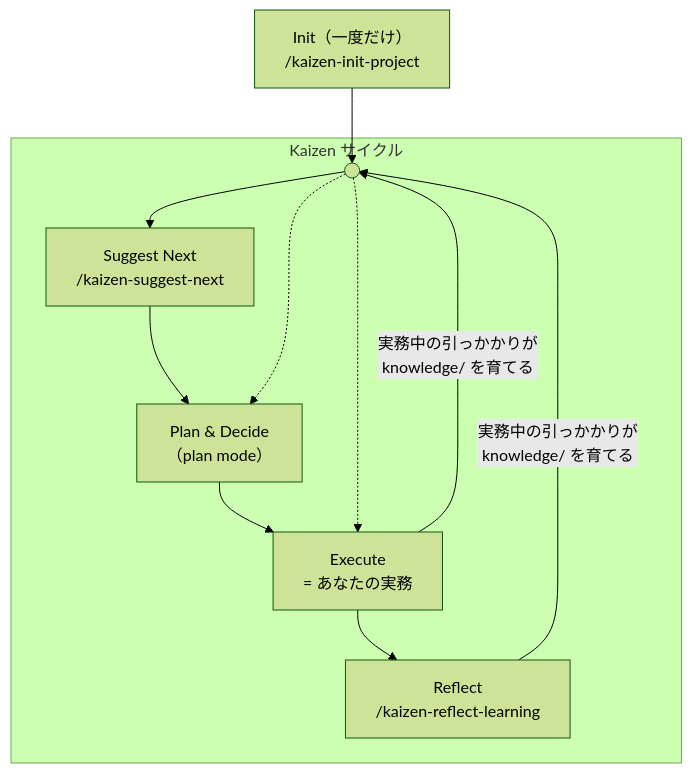
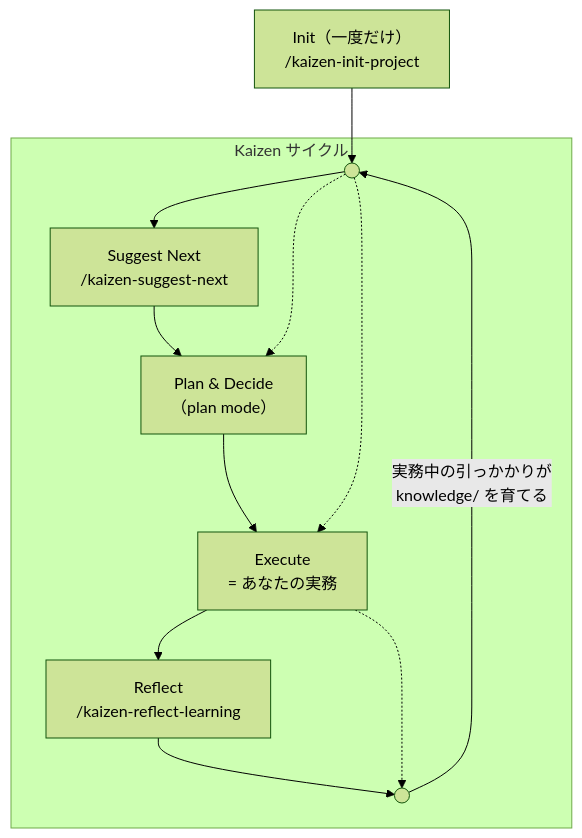
The diagram in docs/CONCEPT.ja.md (tomfook/kaizen-cli), drawn with Mermaid (forest theme) before and after one commit. The commit also changed 1 other file, not shown here.

Commit message:
fix: add end junction to show Reflect is optional
Add End(●) junction after Reflect. Execute connects to End via
both solid (through Reflect) and dotted (skip Reflect) paths.
Symmetric with Start junction: entry skips Suggest/Plan,
exit skips Reflect. Single feedback arrow End → Start.

https://claude.ai/code/session_011ENnixXZ7xcQcWQSnBuWA9

````diff
--- a/docs/CONCEPT.ja.md
+++ b/docs/CONCEPT.ja.md
@@ -45,19 +45,20 @@
 ```mermaid
 graph TD
     Init["Init（一度だけ）<br>/kaizen-init-project"] --> Start
 
     subgraph Cycle [" Kaizen サイクル "]
         Start((" "))
         Suggest["Suggest Next<br>/kaizen-suggest-next"]
         Plan["Plan & Decide<br>（plan mode）"]
         Execute["Execute<br>= あなたの実務"]
         Reflect["Reflect<br>/kaizen-reflect-learning"]
+        End((" "))
 
-        Start --> Suggest --> Plan --> Execute --> Reflect
+        Start --> Suggest --> Plan --> Execute --> Reflect --> End
         Start -.-> Plan
         Start -.-> Execute
+        Execute -.-> End
     end
 
-    Execute -->|"実務中の引っかかりが<br>knowledge/ を育てる"| Start
-    Reflect -->|"実務中の引っかかりが<br>knowledge/ を育てる"| Start
+    End -->|"実務中の引っかかりが<br>knowledge/ を育てる"| Start
 ```
````
